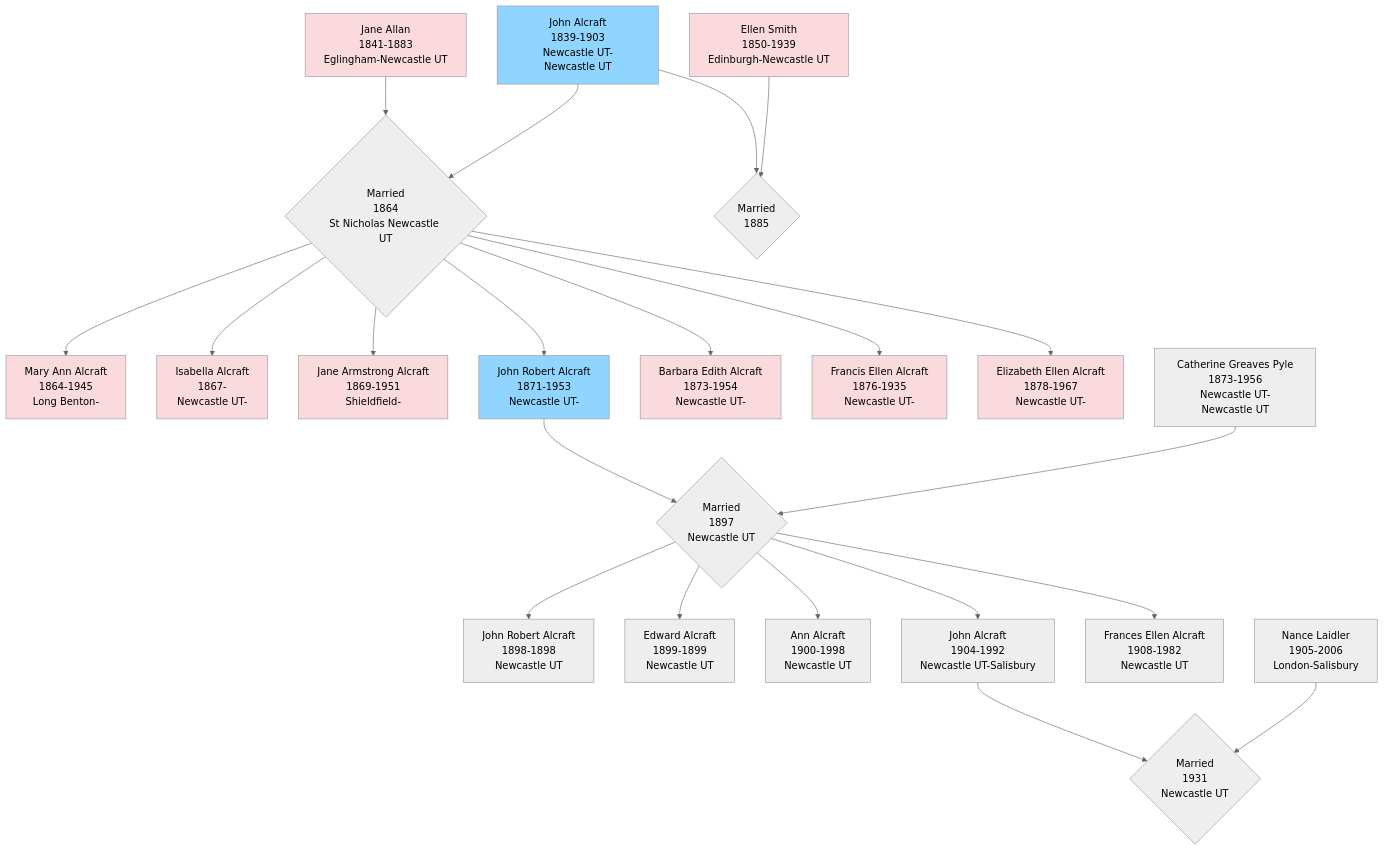
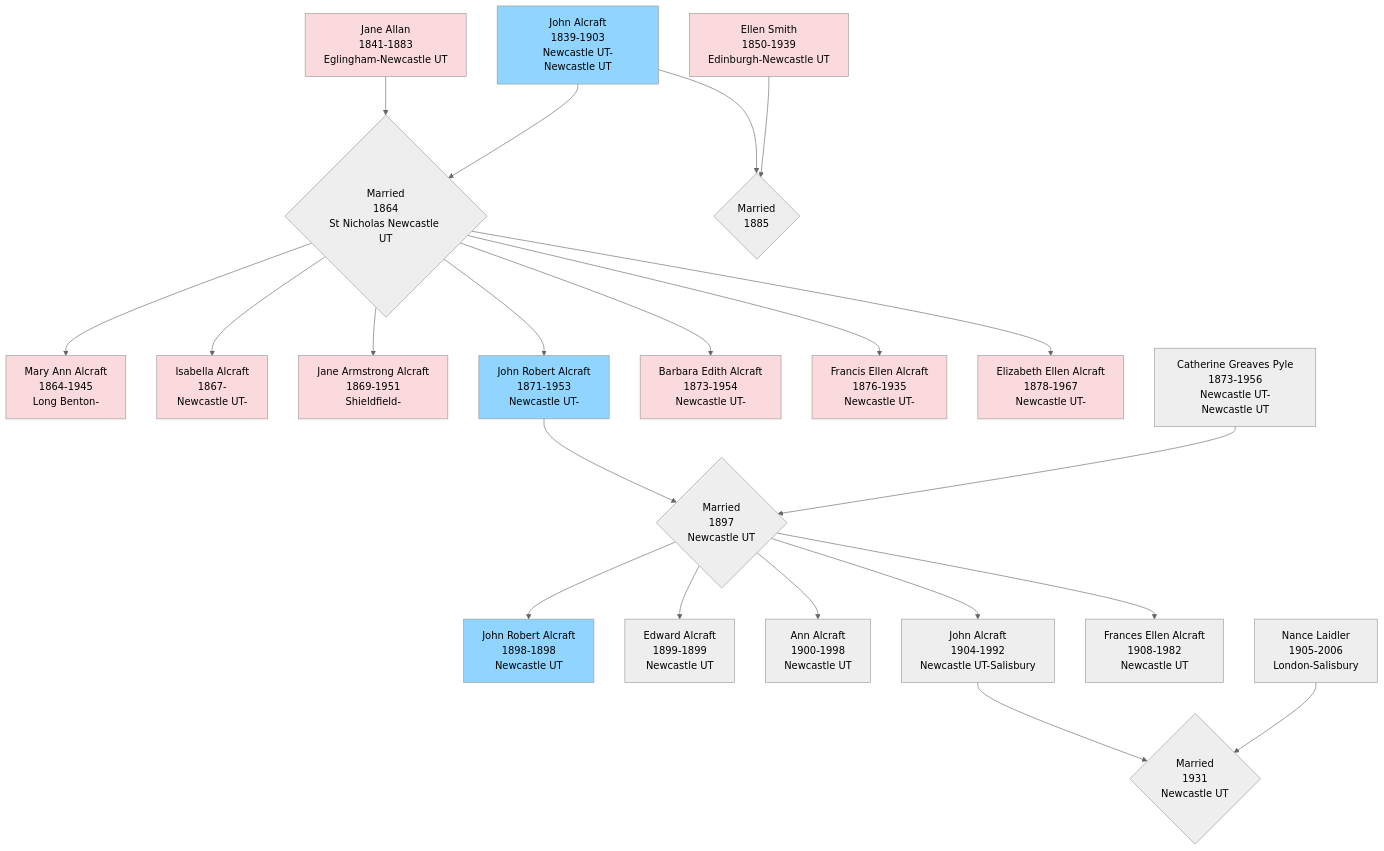
One commit to RachelAlcraft/family-tree changed the diagram in docs/index.md. Above: the diagram before and after it, drawn with Mermaid (neutral theme).

````diff
--- a/docs/index.md
+++ b/docs/index.md
@@ -6,44 +6,45 @@
 ``` mermaid
 flowchart TD  
 JA1[John Alcraft\n1839-1903\nNewcastle UT-Newcastle UT] --> JAJA{Married\n1864\nSt Nicholas Newcastle UT};
 JA2[Jane Allan\n1841-1883\nEglingham-Newcastle UT] --> JAJA;
 ES[Ellen Smith\n1850-1939\nEdinburgh-Newcastle UT] --> JAES{Married\n1885};
 JA1 --> JAES
 JAJA -->MAA[Mary Ann Alcraft\n1864-1945\nLong Benton-];
 JAJA -->IA[Isabella Alcraft\n1867-\nNewcastle UT-];
 JAJA -->JAA[Jane Armstrong Alcraft\n1869-1951\nShieldfield-];
 JAJA -->JRA[John Robert Alcraft\n1871-1953\nNewcastle UT-];
 JAJA -->BEA[Barbara Edith Alcraft\n1873-1954\nNewcastle UT-];
 JAJA -->FEA[Francis Ellen Alcraft\n1876-1935\nNewcastle UT-];
 JAJA -->EEA[Elizabeth Ellen Alcraft\n1878-1967\nNewcastle UT-];
 
 JRA --> JRACGP{Married\n1897\nNewcastle UT};
 CGP[Catherine Greaves Pyle\n1873-1956\nNewcastle UT-Newcastle UT];
 CGP --> JRACGP;
 JRACGP --> JRA2[John Robert Alcraft\n1898-1898\nNewcastle UT];
+style JRA2 fill:#90d5ff
 JRACGP --> EA[Edward Alcraft\n1899-1899\nNewcastle UT];
 JRACGP --> AA[Ann Alcraft\n1900-1998\nNewcastle UT];
 JRACGP --> JA3[John Alcraft\n1904-1992\nNewcastle UT-Salisbury];
 JRACGP --> FEA2[Frances Ellen Alcraft\n1908-1982\nNewcastle UT];
 
 JA3 --> JA3NL{Married\n1931\nNewcastle UT};
 NL[Nance Laidler\n1905-2006\nLondon-Salisbury];
 NL --> JA3NL;
 
 style JA1 fill:#90d5ff
 click JA1 "jones" "JA1"
 style JRA fill:#90d5ff
 
 style JA2 fill:#FADADD
 click JA2 "jones" "JA2"
 style ES fill:#FADADD
 style MAA fill:#FADADD
 style IA fill:#FADADD
 style JAA fill:#FADADD
 style BEA fill:#FADADD
 style FEA fill:#FADADD
 style EEA fill:#FADADD
 
 
 
 ```
````
